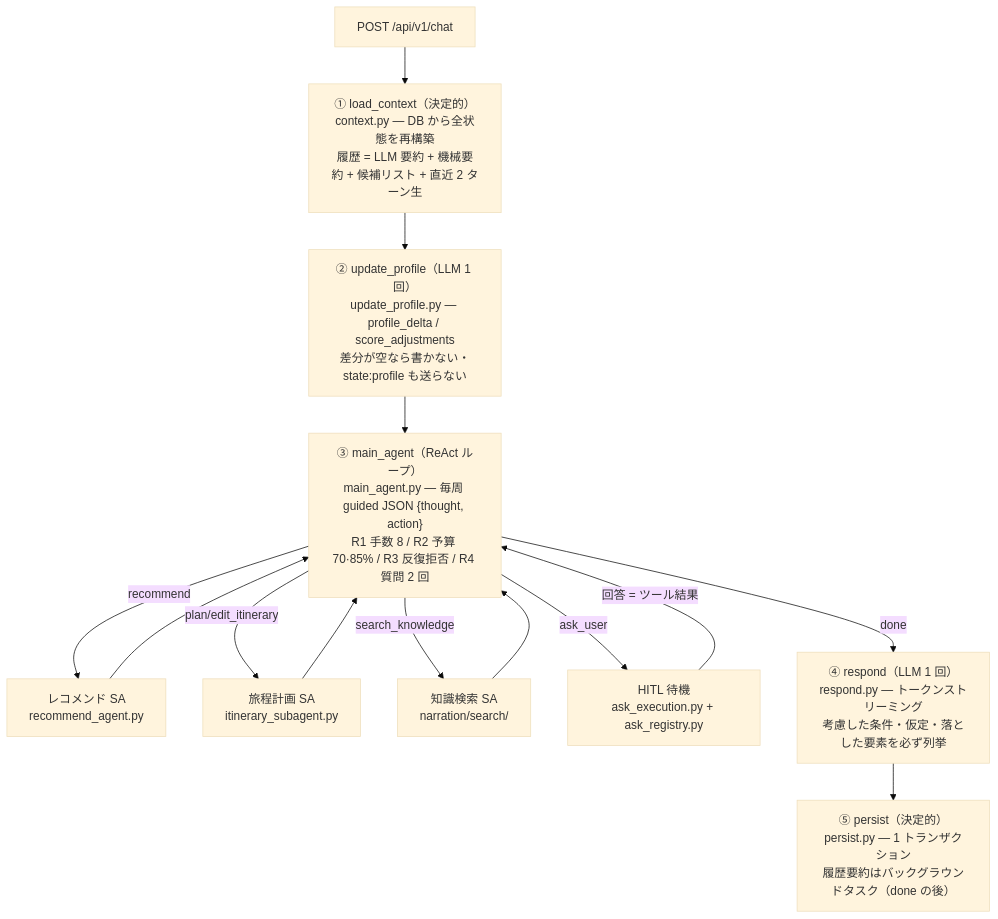
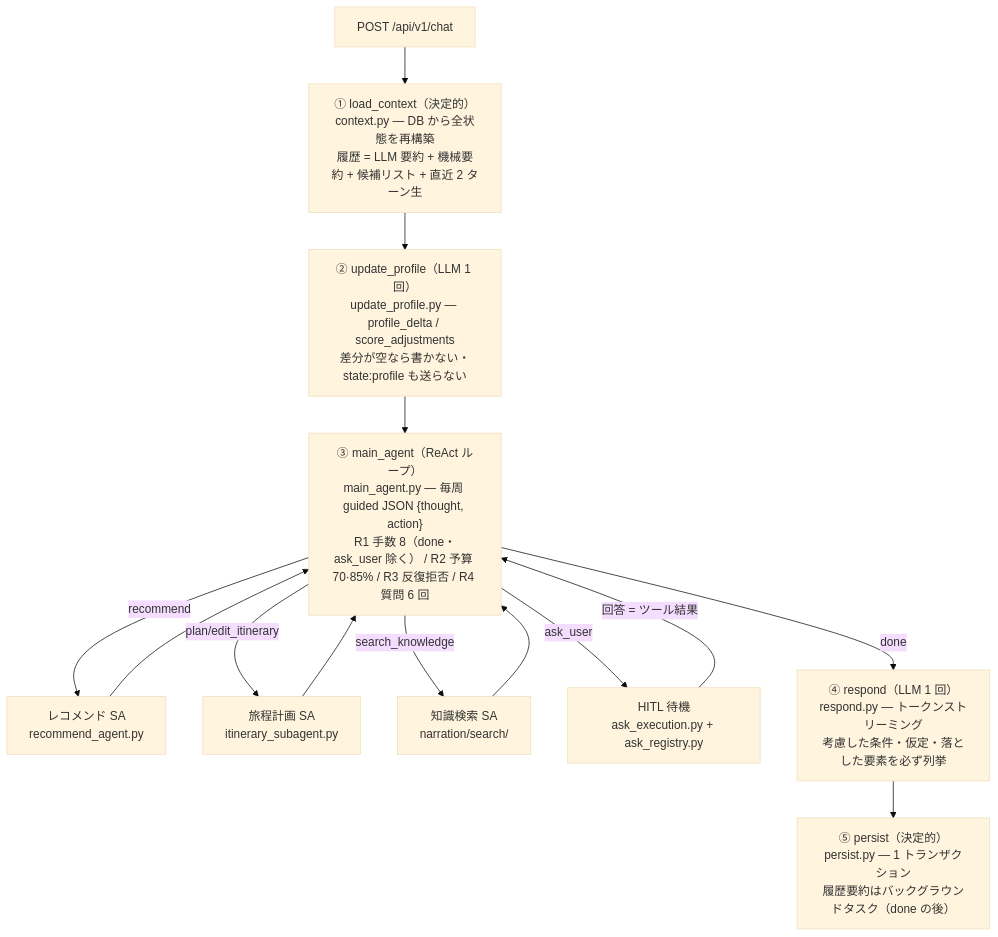
One commit to TakaJun02/Cairn changed the second of 3 diagrams in Docs/24_architecture_as_built.md. Above: the diagram before and after it, drawn with Mermaid (base theme). The commit also changed other lines of this file and 21 other files, not shown here.

First line of the commit message:
feat(ask-user): HITL 抑制方針を転換し不明な情報は積極的に質問する(ADR-0024)

````diff
--- a/Docs/24_architecture_as_built.md
+++ b/Docs/24_architecture_as_built.md
@@ -104,16 +104,16 @@
 ```mermaid
 flowchart TD
   A["POST /api/v1/chat"] --> S1["① load_context（決定的）<br/>context.py — DB から全状態を再構築<br/>履歴 = LLM 要約 + 機械要約 + 候補リスト + 直近 2 ターン生"]
   S1 --> S2["② update_profile（LLM 1 回）<br/>update_profile.py — profile_delta / score_adjustments<br/>差分が空なら書かない・state:profile も送らない"]
-  S2 --> S3["③ main_agent（ReAct ループ）<br/>main_agent.py — 毎周 guided JSON {thought, action}<br/>R1 手数 8 / R2 予算 70·85% / R3 反復拒否 / R4 質問 2 回"]
+  S2 --> S3["③ main_agent（ReAct ループ）<br/>main_agent.py — 毎周 guided JSON {thought, action}<br/>R1 手数 8（done・ask_user 除く） / R2 予算 70·85% / R3 反復拒否 / R4 質問 6 回"]
   S3 -->|"recommend"| T1["レコメンド SA<br/>recommend_agent.py"]
   S3 -->|"plan/edit_itinerary"| T2["旅程計画 SA<br/>itinerary_subagent.py"]
   S3 -->|"search_knowledge"| T3["知識検索 SA<br/>narration/search/"]
   S3 -->|"ask_user"| HIL["HITL 待機<br/>ask_execution.py + ask_registry.py"]
   T1 --> S3
   T2 --> S3
   T3 --> S3
   HIL -->|"回答 = ツール結果"| S3
   S3 -->|"done"| S4["④ respond（LLM 1 回）<br/>respond.py — トークンストリーミング<br/>考慮した条件・仮定・落とした要素を必ず列挙"]
   S4 --> S5["⑤ persist（決定的）<br/>persist.py — 1 トランザクション<br/>履歴要約はバックグラウンドタスク（done の後）"]
 ```
````
